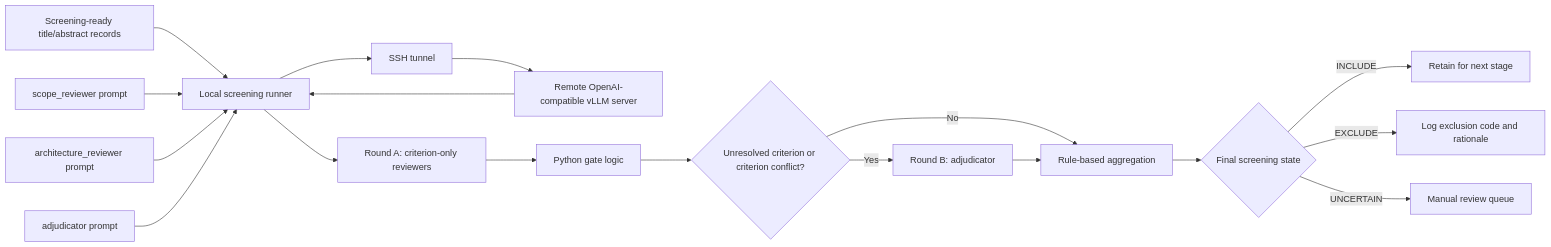
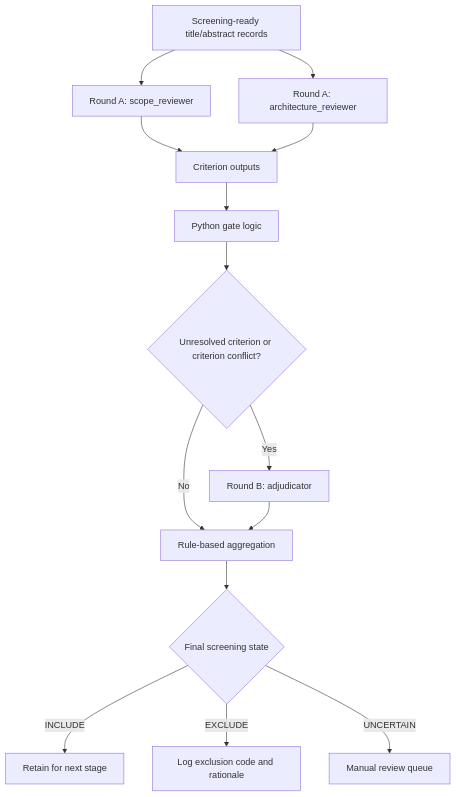
Before and after one commit to BogdanDidenko/text-bio-fundational-models-review: the diagram in README.md, drawn with Mermaid. The commit also changed other lines of this file and 3 other files, not shown here.

````diff
--- a/README.md
+++ b/README.md
@@ -68,20 +68,16 @@
 ```mermaid
-flowchart LR
-    A["Screening-ready title/abstract records"] --> B["Local screening runner"]
-    P1["scope_reviewer prompt"] --> B
-    P2["architecture_reviewer prompt"] --> B
-    P3["adjudicator prompt"] --> B
-    B --> T["SSH tunnel"]
-    T --> V["Remote OpenAI-compatible vLLM server"]
-    V --> B
-    B --> C["Round A: criterion-only reviewers"]
-    C --> D["Python gate logic"]
-    D --> E{"Unresolved criterion or criterion conflict?"}
-    E -- "No" --> F["Rule-based aggregation"]
-    E -- "Yes" --> G["Round B: adjudicator"]
-    G --> F
-    F --> H{"Final screening state"}
-    H -- "INCLUDE" --> I["Retain for next stage"]
-    H -- "EXCLUDE" --> J["Log exclusion code and rationale"]
-    H -- "UNCERTAIN" --> K["Manual review queue"]
+flowchart TD
+    A["Screening-ready title/abstract records"] --> B["Round A: scope_reviewer"]
+    A --> C["Round A: architecture_reviewer"]
+    B --> D["Criterion outputs"]
+    C --> D
+    D --> E["Python gate logic"]
+    E --> F{"Unresolved criterion or criterion conflict?"}
+    F -- "No" --> G["Rule-based aggregation"]
+    F -- "Yes" --> H["Round B: adjudicator"]
+    H --> G
+    G --> I{"Final screening state"}
+    I -- "INCLUDE" --> J["Retain for next stage"]
+    I -- "EXCLUDE" --> K["Log exclusion code and rationale"]
+    I -- "UNCERTAIN" --> L["Manual review queue"]
 ```
````
